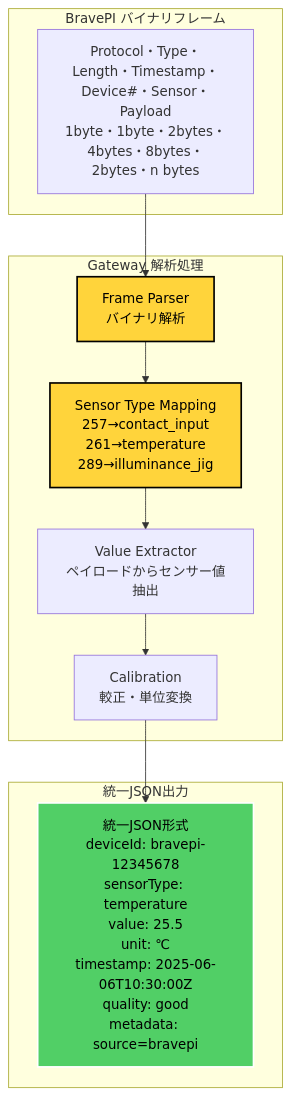
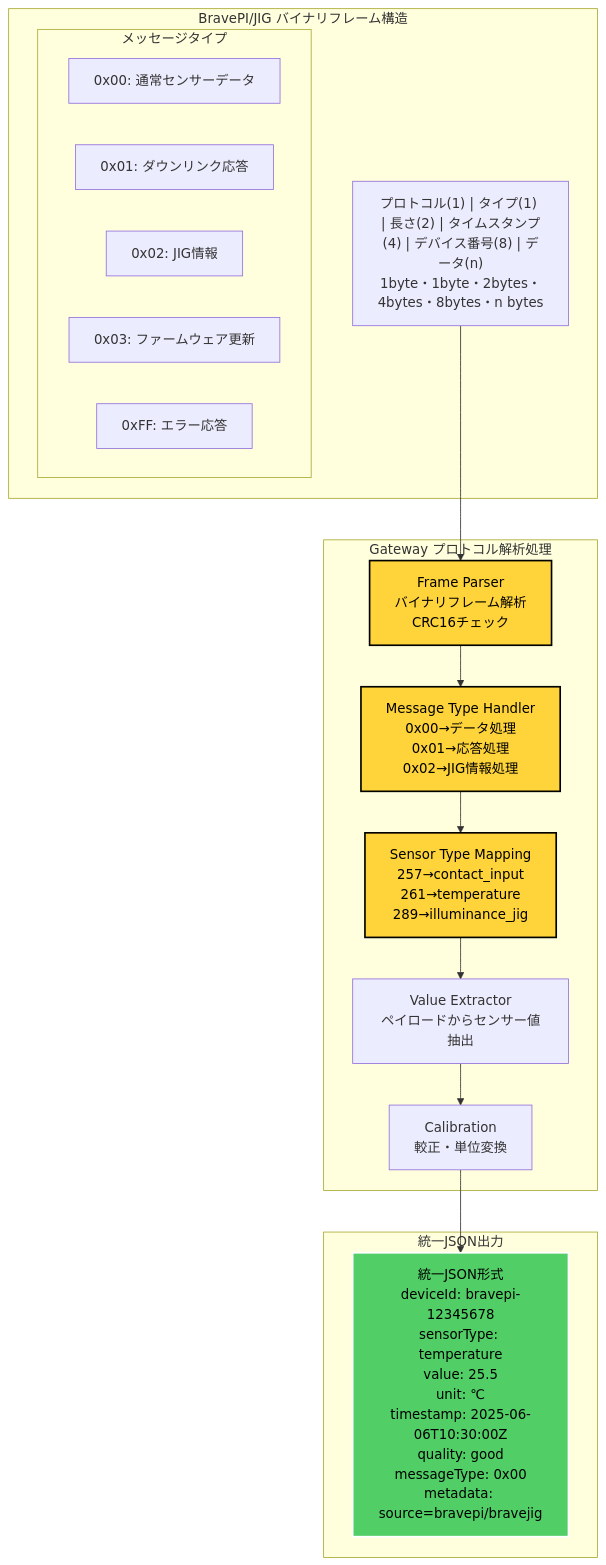
One commit to w-pinkietech/iot4-copy changed the eighth of 15 diagrams in docs/new-system/architecture/system-overview-diagrams.md. Above: the diagram before and after it, drawn with Mermaid. The commit also changed other lines of this file, not shown here.

First line of the commit message:
docs: Update BravePI/JIG communication protocols in system diagrams

````diff
--- a/docs/new-system/architecture/system-overview-diagrams.md
+++ b/docs/new-system/architecture/system-overview-diagrams.md
@@ -392,27 +400,38 @@
 ```mermaid
 graph TB
-    subgraph "BravePI バイナリフレーム"
-        FRAME["Protocol・Type・Length・Timestamp・Device#・Sensor・Payload<br/>1byte・1byte・2bytes・4bytes・8bytes・2bytes・n bytes"]
+    subgraph "BravePI/JIG バイナリフレーム構造"
+        FRAME["プロトコル(1) | タイプ(1) | 長さ(2) | タイムスタンプ(4) | デバイス番号(8) | データ(n)<br/>1byte・1byte・2bytes・4bytes・8bytes・n bytes"]
+        
+        subgraph "メッセージタイプ"
+            TYPE0[0x00: 通常センサーデータ]
+            TYPE1[0x01: ダウンリンク応答]
+            TYPE2[0x02: JIG情報]
+            TYPE3[0x03: ファームウェア更新]
+            TYPEFF[0xFF: エラー応答]
+        end
     end
     
-    subgraph "Gateway 解析処理"
-        PARSE[Frame Parser<br/>バイナリ解析]
-        MAP[Sensor Type Mapping<br/>257→contact_input<br/>261→temperature<br/>289→illuminance_jig]
+    subgraph "Gateway プロトコル解析処理"
+        PARSE[Frame Parser<br/>バイナリフレーム解析<br/>CRC16チェック]
+        TYPEMAP[Message Type Handler<br/>0x00→データ処理<br/>0x01→応答処理<br/>0x02→JIG情報処理]
+        SENSORMAP[Sensor Type Mapping<br/>257→contact_input<br/>261→temperature<br/>289→illuminance_jig]
         EXTRACT[Value Extractor<br/>ペイロードからセンサー値抽出]
         CALIB[Calibration<br/>較正・単位変換]
     end
     
     subgraph "統一JSON出力"
-        JSON["統一JSON形式<br/>deviceId: bravepi-12345678<br/>sensorType: temperature<br/>value: 25.5<br/>unit: ℃<br/>timestamp: 2025-06-06T10:30:00Z<br/>quality: good<br/>metadata: source=bravepi"]
+        JSON["統一JSON形式<br/>deviceId: bravepi-12345678<br/>sensorType: temperature<br/>value: 25.5<br/>unit: ℃<br/>timestamp: 2025-06-06T10:30:00Z<br/>quality: good<br/>messageType: 0x00<br/>metadata: source=bravepi/bravejig"]
     end
     
     FRAME --> PARSE
-    PARSE --> MAP
-    MAP --> EXTRACT
+    PARSE --> TYPEMAP
+    TYPEMAP --> SENSORMAP
+    SENSORMAP --> EXTRACT
     EXTRACT --> CALIB
     CALIB --> JSON
     
     style PARSE fill:#ffd43b,stroke:#000,stroke-width:2px,color:#000
-    style MAP fill:#ffd43b,stroke:#000,stroke-width:2px,color:#000
+    style TYPEMAP fill:#ffd43b,stroke:#000,stroke-width:2px,color:#000
+    style SENSORMAP fill:#ffd43b,stroke:#000,stroke-width:2px,color:#000
     style JSON fill:#51cf66,stroke:#fff,stroke-width:2px,color:#000
 ```
````
